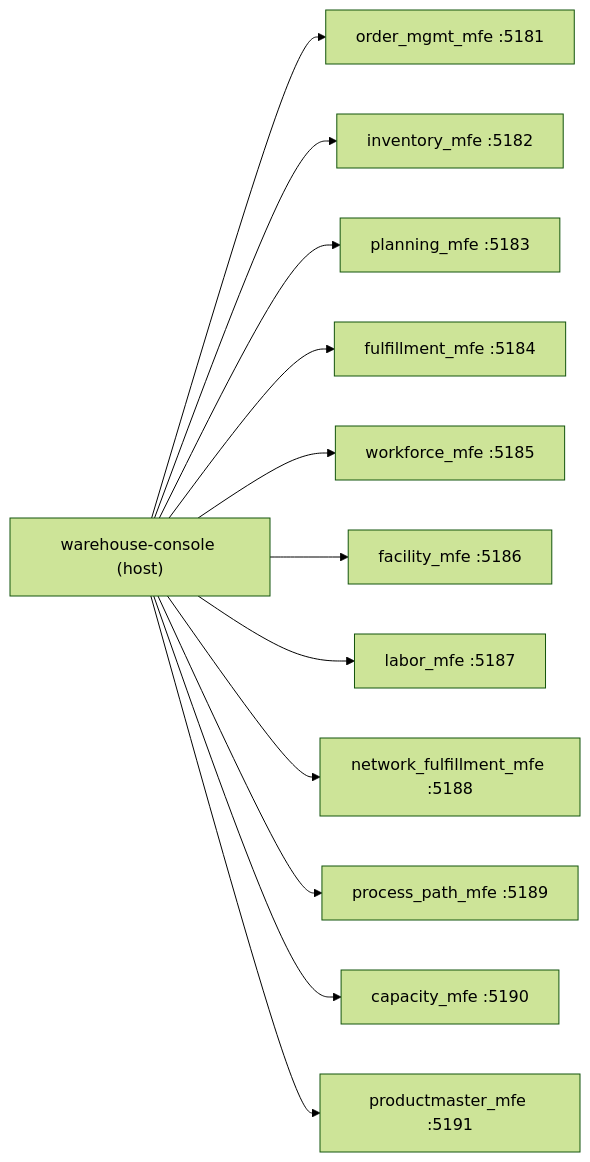
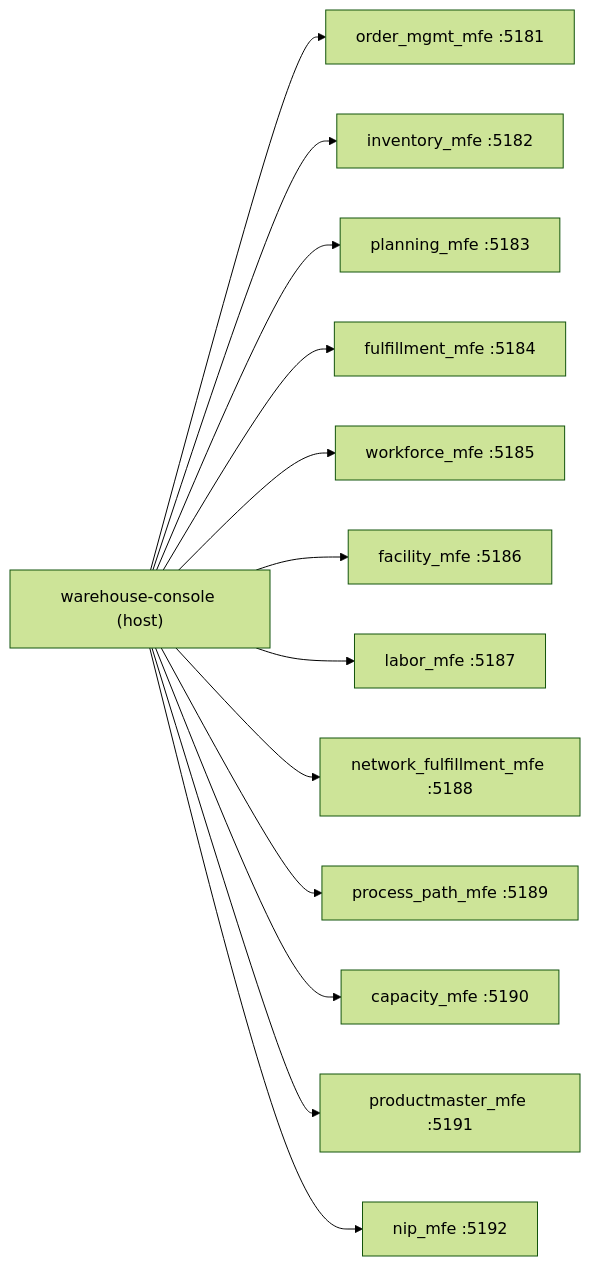
One commit to IQVO/warehouse-console changed the diagram in docs/docs/architecture/module-federation.md. Above: the diagram before and after it, drawn with Mermaid (forest theme). The commit also changed other lines of this file and 12 other files, not shown here.

First line of the commit message:
feat: register nip_mfe (network-inventory-planning) remote at /network-inventory

````diff
--- a/docs/docs/architecture/module-federation.md
+++ b/docs/docs/architecture/module-federation.md
@@ -14,27 +14,29 @@
 ```mermaid
 graph LR
   Console["warehouse-console (host)"]
   Orders["order_mgmt_mfe :5181"]
   Inventory["inventory_mfe :5182"]
   Planning["planning_mfe :5183"]
   Fulfillment["fulfillment_mfe :5184"]
   Workforce["workforce_mfe :5185"]
   Facility["facility_mfe :5186"]
   Labor["labor_mfe :5187"]
   NetFulfil["network_fulfillment_mfe :5188"]
   ProcessPath["process_path_mfe :5189"]
   Capacity["capacity_mfe :5190"]
   ProductMaster["productmaster_mfe :5191"]
+  Nip["nip_mfe :5192"]
 
   Console --> Orders
   Console --> Inventory
   Console --> Planning
   Console --> Fulfillment
   Console --> Workforce
   Console --> Facility
   Console --> Labor
   Console --> NetFulfil
   Console --> ProcessPath
   Console --> Capacity
   Console --> ProductMaster
+  Console --> Nip
 ```
````
